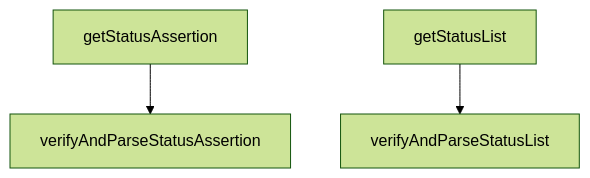
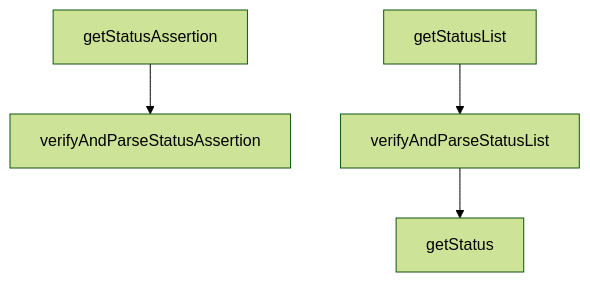
Before and after one commit to pagopa/io-react-native-wallet: the diagram in src/credential/status/README.md, drawn with Mermaid (forest theme). The commit also changed other lines of this file and 15 other files, not shown here.

````diff
--- a/src/credential/status/README.md
+++ b/src/credential/status/README.md
@@ -28,9 +28,11 @@
 ```mermaid
 graph TD;
   0[getStatusAssertion]
   1[verifyAndParseStatusAssertion]
   2[getStatusList]
   3[verifyAndParseStatusList]
+  4[getStatus]
   0 --> 1
   2 --> 3
+  3 --> 4
 ```
````
